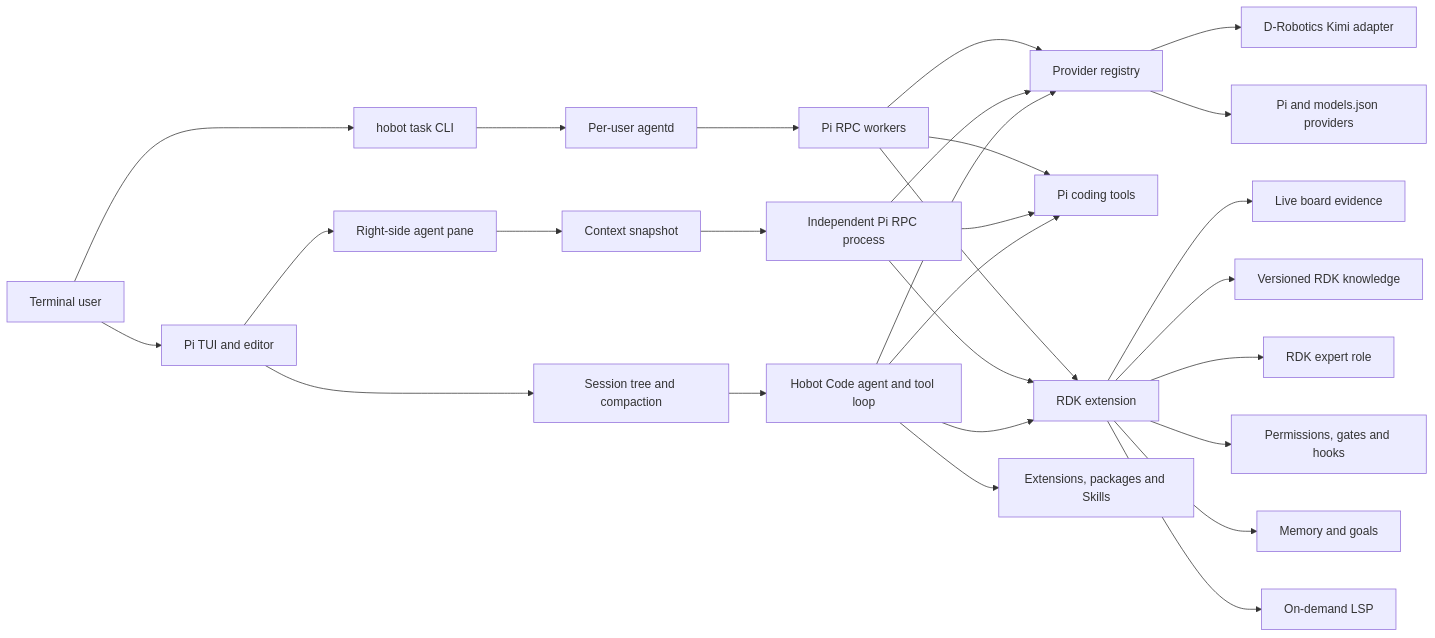
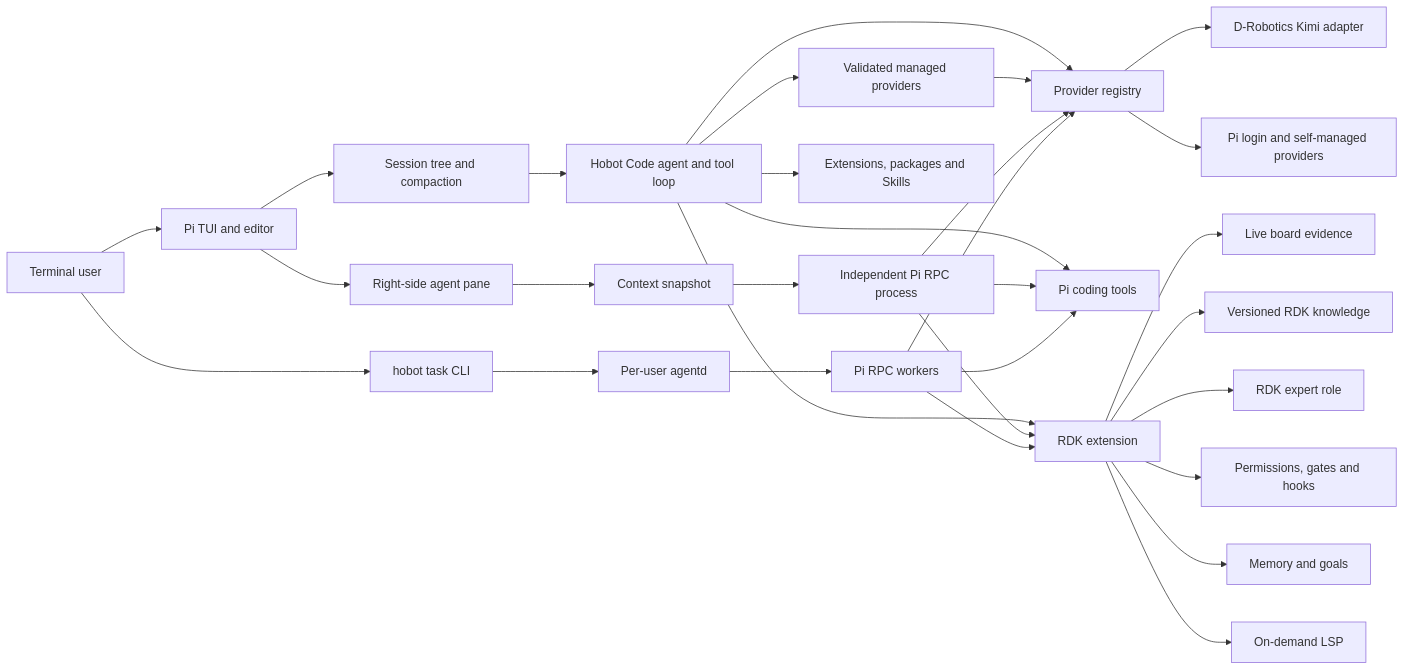
Before and after one commit to Kyrie-w8/hobot-code: the diagram in docs/architecture.md, drawn with Mermaid. The commit also changed other lines of this file and 166 other files, not shown here.

````diff
--- a/docs/architecture.md
+++ b/docs/architecture.md
@@ -27,34 +31,36 @@
 ```mermaid
 flowchart LR
   U["Terminal user"] --> T["Pi TUI and editor"]
   U --> CLI["hobot task CLI"]
   CLI --> AD["Per-user agentd"]
   AD --> BG["Pi RPC workers"]
   T --> S["Session tree and compaction"]
   S --> A["Hobot Code agent and tool loop"]
 
   A --> P["Provider registry"]
   P --> K["D-Robotics Kimi adapter"]
-  P --> V["Pi and models.json providers"]
+	P --> V["Pi login and self-managed providers"]
+	A --> MP["Validated managed providers"]
+	MP --> P
 
   A --> B["Pi coding tools"]
   A --> R["RDK extension"]
   A --> X["Extensions, packages and Skills"]
 
   R --> H["Live board evidence"]
   R --> D["Versioned RDK knowledge"]
   R --> E["RDK expert role"]
   R --> C["Permissions, gates and hooks"]
   R --> M["Memory and goals"]
   R --> L["On-demand LSP"]
 
   T --> W["Right-side agent pane"]
   W --> Q["Context snapshot"]
   Q --> SA["Independent Pi RPC process"]
   SA --> P
   SA --> B
   SA --> R
   BG --> P
   BG --> B
   BG --> R
 ```
````
